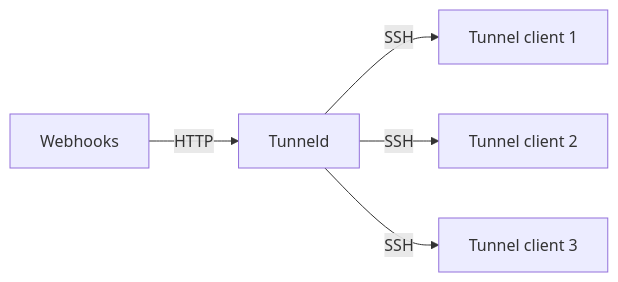
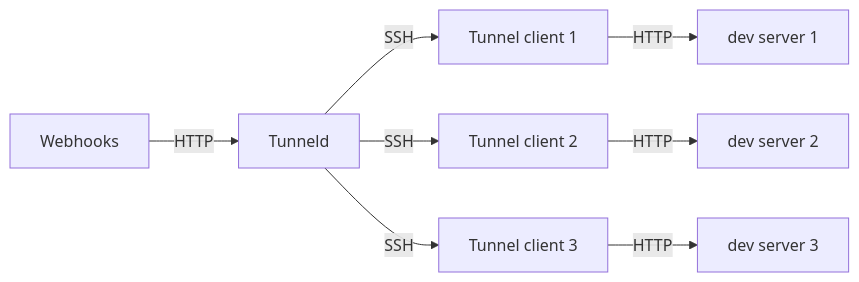
One commit to rhermens/tunnel-fanout changed the diagram in README.md. Above: the diagram before and after it, drawn with Mermaid. The commit also changed 12 other files, not shown here.

````diff
--- a/README.md
+++ b/README.md
@@ -5,14 +5,17 @@
 ```mermaid
 flowchart LR
         Web["Webhooks"]
         Tunneld
-        Dev1["Tunnel client 1"]
-        Dev2["Tunnel client 2"]
-        Dev3["Tunnel client 3"]
+        C1["Tunnel client 1"]
+        Dev1["dev server 1"]
+        C2["Tunnel client 2"]
+        Dev2["dev server 2"]
+        C3["Tunnel client 3"]
+        Dev3["dev server 3"]
 
         Web -- HTTP --> Tunneld
 
-        Tunneld -- SSH --> Dev1
-        Tunneld -- SSH --> Dev2
-        Tunneld -- SSH --> Dev3
+        Tunneld -- SSH --> C1 -- HTTP --> Dev1
+        Tunneld -- SSH --> C2 -- HTTP --> Dev2
+        Tunneld -- SSH --> C3 -- HTTP --> Dev3
 ```
````
